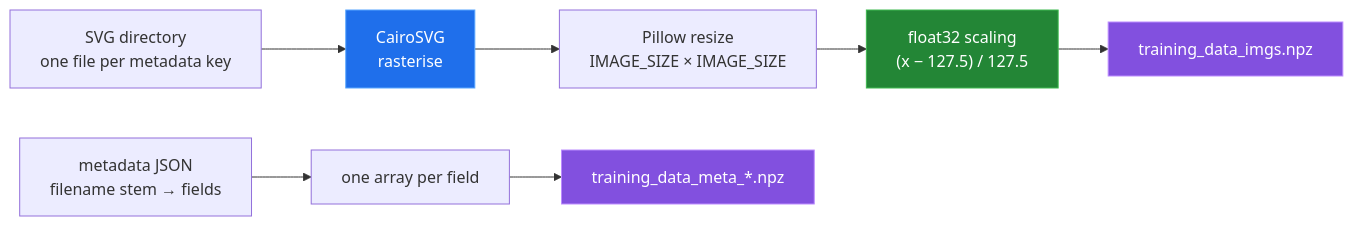
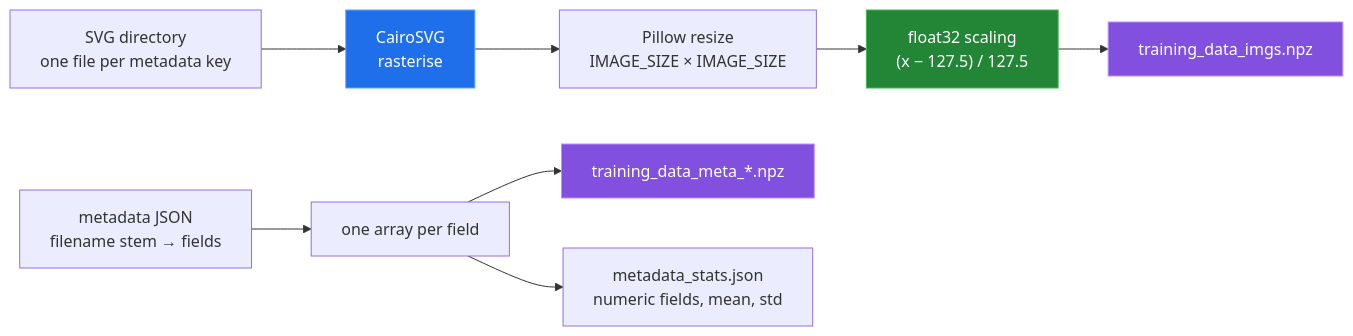
Before and after one commit to Bissbert/GemDiagramAI: the diagram in docs/data-preparation.md, drawn with Mermaid. The commit also changed other lines of this file and 8 other files, not shown here.

````diff
--- a/docs/data-preparation.md
+++ b/docs/data-preparation.md
@@ -10,14 +10,15 @@
 ```mermaid
 flowchart LR
     S["SVG directory<br/>one file per metadata key"] --> C["CairoSVG<br/>rasterise"]
     C --> R["Pillow resize<br/>IMAGE_SIZE × IMAGE_SIZE"]
     R --> N["float32 scaling<br/>(x − 127.5) / 127.5"]
     J["metadata JSON<br/>filename stem → fields"] --> F["one array per field"]
     N --> I["training_data_imgs.npz"]
     F --> M["training_data_meta_*.npz"]
+    F --> ST["metadata_stats.json<br/>numeric fields, mean, std"]
 
     style C fill:#1f6feb,stroke:#58a6ff,color:#fff
     style N fill:#238636,stroke:#3fb950,color:#fff
     style I fill:#8250df,stroke:#bc8cff,color:#fff
     style M fill:#8250df,stroke:#bc8cff,color:#fff
 ```
````
